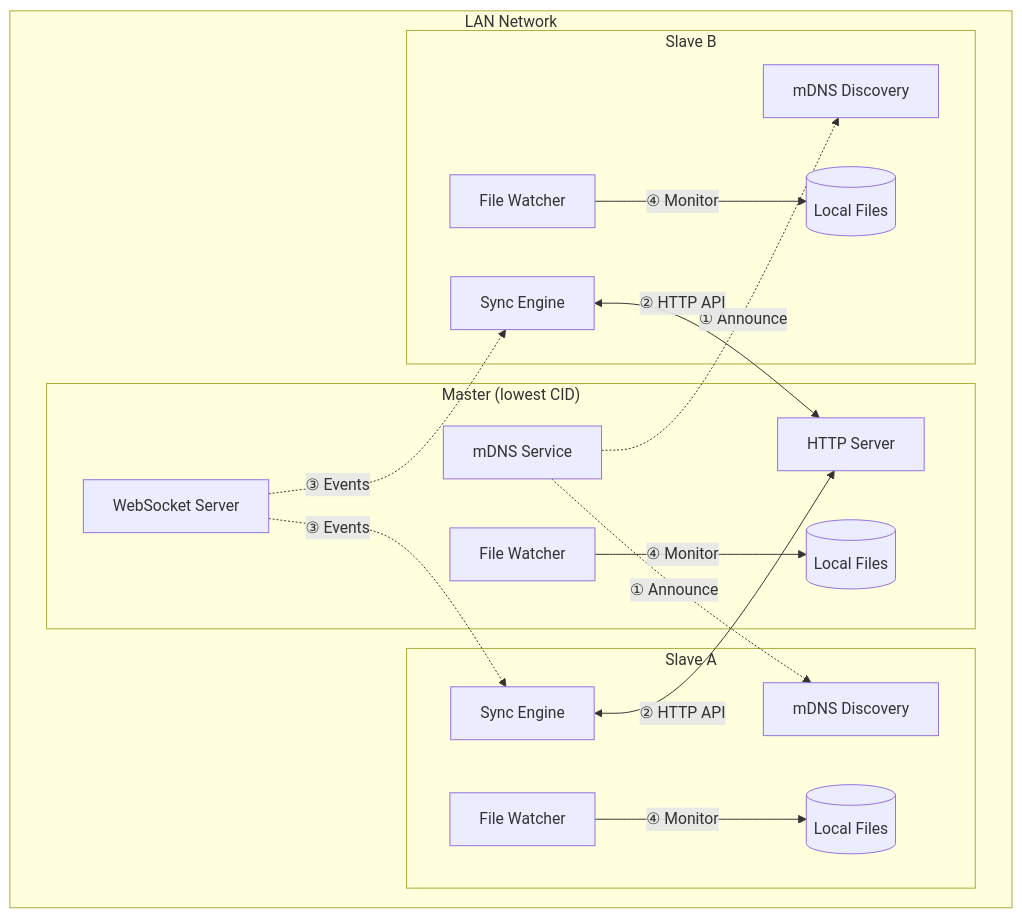
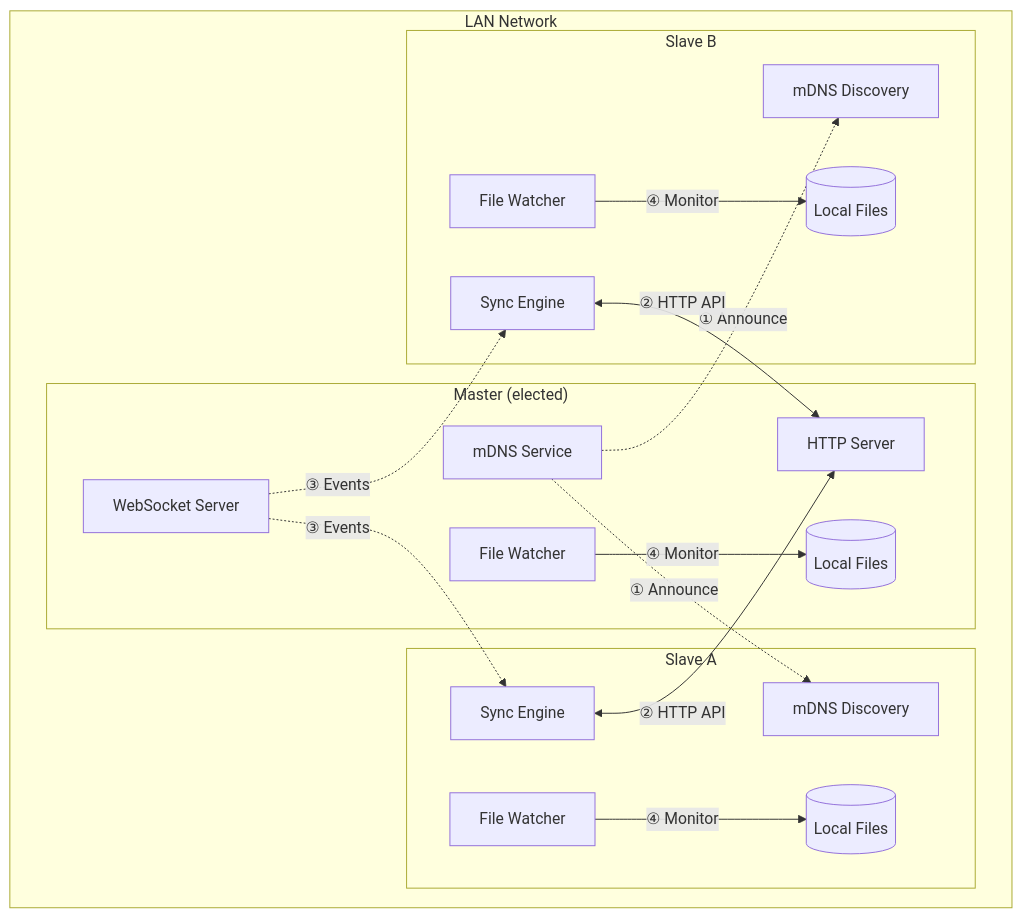
One commit to albertsdk/hsync-client changed the second of 7 diagrams in docs/lan-mode.md. Above: the diagram before and after it, drawn with Mermaid. The commit also changed other lines of this file and 11 other files, not shown here.

````diff
--- a/docs/lan-mode.md
+++ b/docs/lan-mode.md
@@ -48,39 +49,39 @@
 ```mermaid
 flowchart TB
     subgraph "LAN Network"
-        subgraph "Master (lowest CID)"
+        subgraph "Master (elected)"
             M_DISC[mDNS Service]
             M_HTTP[HTTP Server]
             M_WS[WebSocket Server]
             M_WATCH[File Watcher]
             M_FILES[(Local Files)]
         end
 
         subgraph "Slave A"
             A_DISC[mDNS Discovery]
             A_SYNC[Sync Engine]
             A_WATCH[File Watcher]
             A_FILES[(Local Files)]
         end
 
         subgraph "Slave B"
             B_DISC[mDNS Discovery]
             B_SYNC[Sync Engine]
             B_WATCH[File Watcher]
             B_FILES[(Local Files)]
         end
     end
 
     M_DISC -.->|"① Announce"| A_DISC
     M_DISC -.->|"① Announce"| B_DISC
 
     A_SYNC <-->|"② HTTP API"| M_HTTP
     B_SYNC <-->|"② HTTP API"| M_HTTP
 
     M_WS -.->|"③ Events"| A_SYNC
     M_WS -.->|"③ Events"| B_SYNC
 
     M_WATCH -->|"④ Monitor"| M_FILES
     A_WATCH -->|"④ Monitor"| A_FILES
     B_WATCH -->|"④ Monitor"| B_FILES
 ```
````
